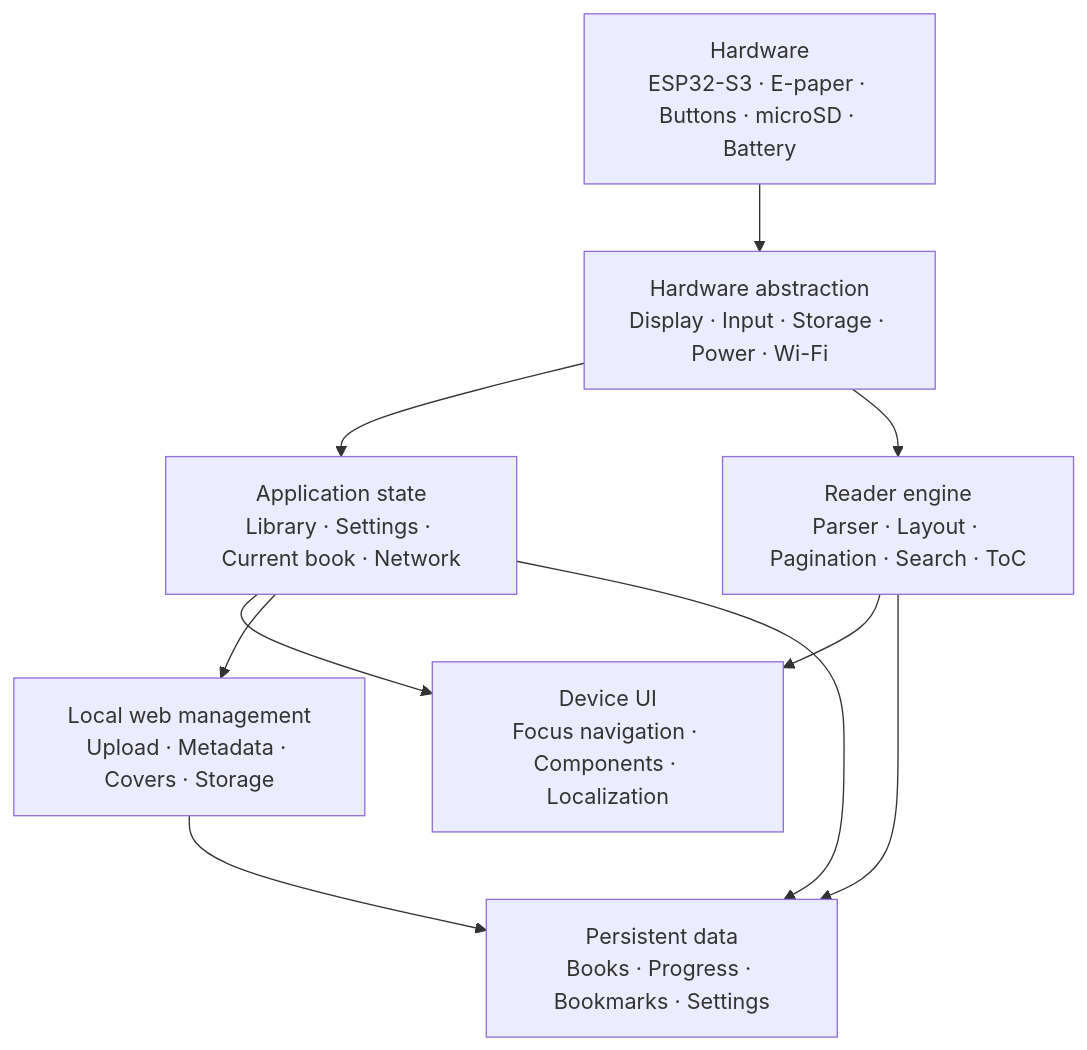
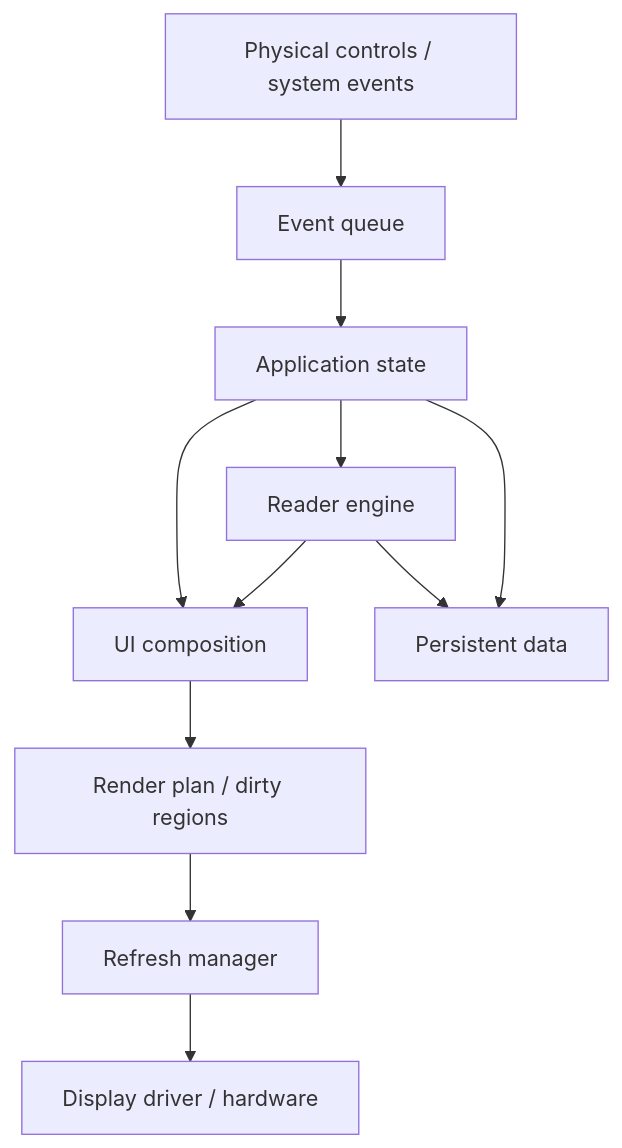
The diagram in docs/architecture.md (raznoglaz1y/enku), drawn with Mermaid before and after one commit. The commit also changed other lines of this file, not shown here.

Commit message:
Lock core event-driven firmware architecture decisions

````diff
--- a/docs/architecture.md
+++ b/docs/architecture.md
@@ -9,27 +31,23 @@
 ```mermaid
 flowchart TD
-    HW[Hardware
-ESP32-S3 · E-paper · Buttons · microSD · Battery]
-    HAL[Hardware abstraction
-Display · Input · Storage · Power · Wi-Fi]
-    STATE[Application state
-Library · Settings · Current book · Network]
-    READER[Reader engine
-Parser · Layout · Pagination · Search · ToC]
-    UI[Device UI
-Focus navigation · Components · Localization]
-    WEB[Local web management
-Upload · Metadata · Covers · Storage]
-    DATA[Persistent data
-Books · Progress · Bookmarks · Settings]
+    INPUT[Physical controls / system events]
+    EVENTS[Event queue]
+    STATE[Application state]
+    READER[Reader engine]
+    UI[UI composition]
+    PLAN[Render plan / dirty regions]
+    REFRESH[Refresh manager]
+    HW[Display driver / hardware]
+    DATA[Persistent data]
 
-    HW --> HAL
-    HAL --> STATE
-    HAL --> READER
+    INPUT --> EVENTS
+    EVENTS --> STATE
     STATE --> UI
+    STATE --> READER
     READER --> UI
-    STATE --> WEB
-    WEB --> DATA
+    UI --> PLAN
+    PLAN --> REFRESH
+    REFRESH --> HW
+    STATE --> DATA
     READER --> DATA
-    STATE --> DATA
 ```
````
